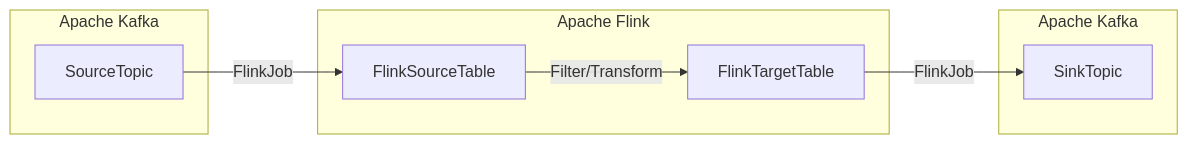
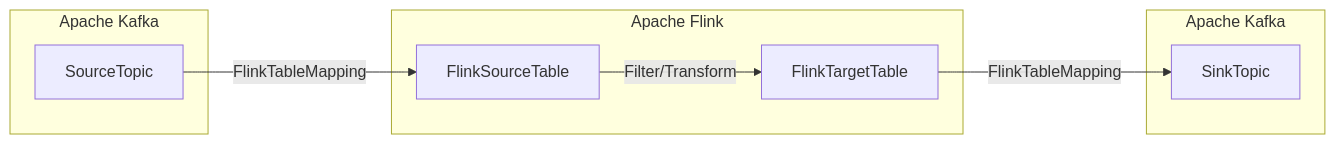
Before and after one commit to aiven/devportal: the diagram in docs/tools/terraform/reference/cookbook/kafka-flink-integration-recipe.rst, drawn with Mermaid. The commit also changed other lines of this file, not shown here.

```diff
--- a/docs/tools/terraform/reference/cookbook/kafka-flink-integration-recipe.rst
+++ b/docs/tools/terraform/reference/cookbook/kafka-flink-integration-recipe.rst
@@ -12,13 +12,13 @@
 .. mermaid::
 
    flowchart LR
       subgraph Apache Kafka
       SourceTopic
       end
       subgraph Apache Flink
-      SourceTopic-->|FlinkJob|FlinkSourceTable
+      SourceTopic-->|FlinkTableMapping|FlinkSourceTable
       FlinkSourceTable-->|Filter/Transform|FlinkTargetTable
       end
       subgraph Apache Kafka
-      FlinkTargetTable-->|FlinkJob|SinkTopic
+      FlinkTargetTable-->|FlinkTableMapping|SinkTopic
       end
```
